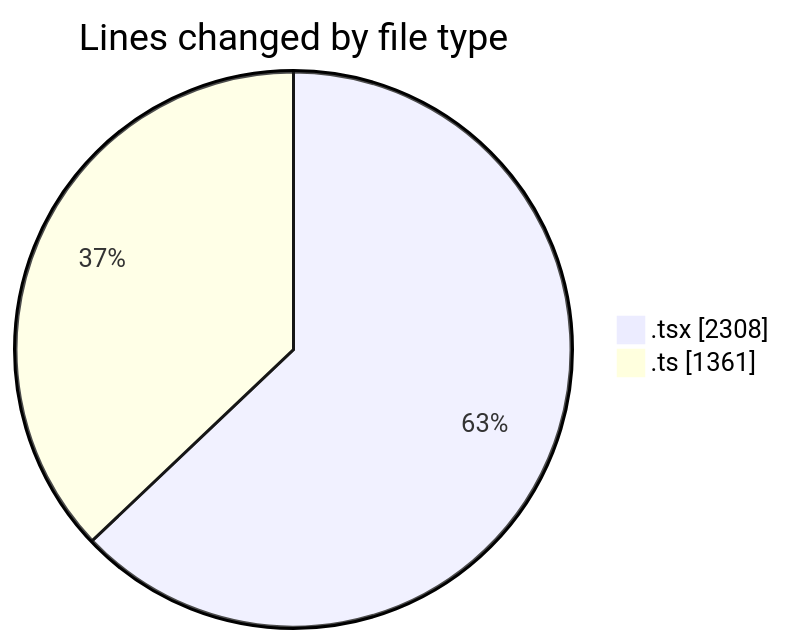
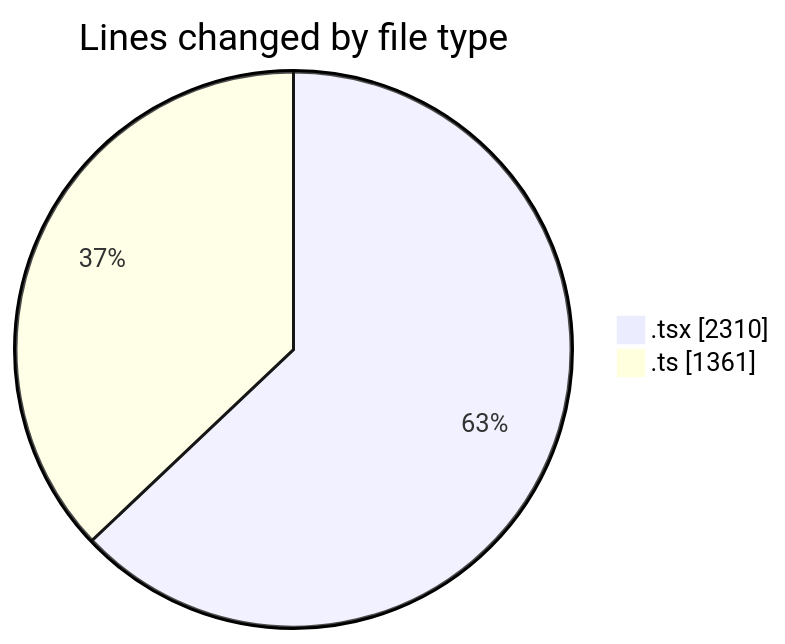
Before and after one commit to nxtqubesakshisongat/code-tracking: the first of 2 diagrams in 2026-03-06/nxtqube_webapp/README.md, drawn with Mermaid. The commit also changed other lines of this file and 1 other file, not shown here.

````diff
--- a/2026-03-06/nxtqube_webapp/README.md
+++ b/2026-03-06/nxtqube_webapp/README.md
@@ -29,6 +29,6 @@
 ```mermaid
 pie showData
 title Lines changed by file type
-".tsx" : 2308
+".tsx" : 2310
 ".ts" : 1361
 ```
````
